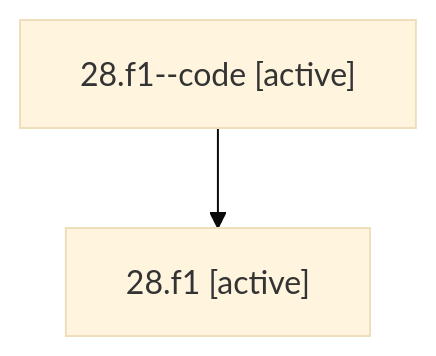
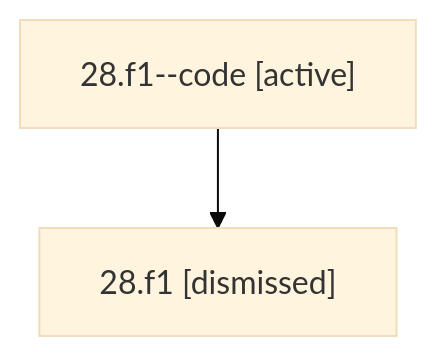
The diagram in sessions/bbugyi200.athena.28.f1.md (sase-org/sase--agents), drawn with Mermaid (base theme) before and after one commit. The commit also changed other lines of this file and 17 other files, not shown here.

````diff
--- a/sessions/bbugyi200.athena.28.f1.md
+++ b/sessions/bbugyi200.athena.28.f1.md
@@ -9,6 +9,6 @@
 ```mermaid
 flowchart TD
   n0["28.f1--code [active]"]
-  n1["28.f1 [active]"]
+  n1["28.f1 [dismissed]"]
   n0 --> n1
 ```
````
